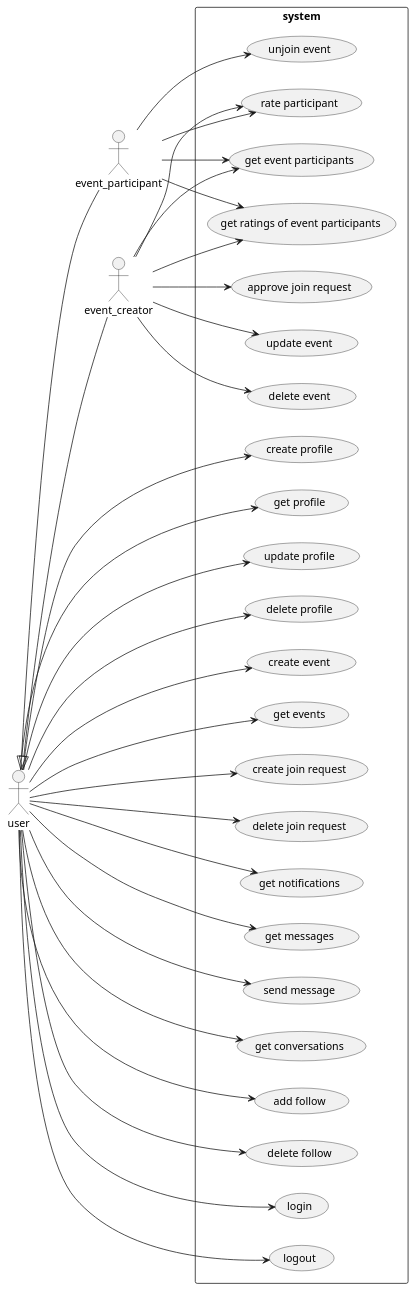
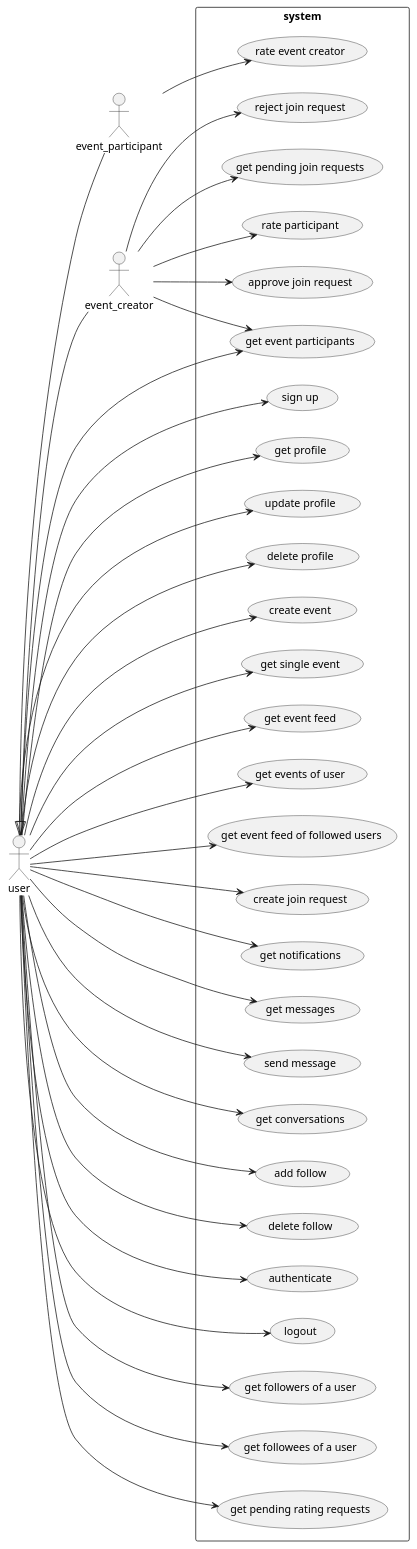
The diagram in diagrams/usecase.puml (ETS-Android4/swe573), drawn with PlantUML before and after one commit.

Commit message:
update use cases

```diff
--- a/diagrams/usecase.puml
+++ b/diagrams/usecase.puml
@@ -1,37 +1,39 @@
 @startuml UseCase
 left to right direction
 skinparam packageStyle rectangle
 actor user
 actor event_participant
 user <|-- event_creator
 user <|-- event_participant
 rectangle system {
-    user --> (create profile)
+    user --> (sign up)
     user --> (get profile)
     user --> (update profile)
     user --> (delete profile)
     user --> (create event)
-    user --> (get events)
+    user --> (get single event)
+    user --> (get event feed)
+    user --> (get events of user)
+    user --> (get event feed of followed users)
+    user --> (get event participants)
     user --> (create join request)
-    user --> (delete join request)
     user --> (get notifications)
     user --> (get messages)
     user --> (send message)
     user --> (get conversations)
     user --> (add follow)
     user --> (delete follow)
-    user --> (login)
+    user --> (authenticate)
     user --> (logout)
+    user --> (get followers of a user)
+    user --> (get followees of a user)
+    user --> (get pending rating requests)
     event_creator --> (approve join request)
-    event_creator --> (update event)
-    event_creator --> (delete event)
-    event_participant --> (unjoin event)
-    event_participant --> (rate participant)
+    event_creator --> (reject join request)
+    event_creator --> (get pending join requests)
+    event_participant --> (rate event creator)
     event_creator --> (rate participant)
-    event_participant --> (get event participants)
     event_creator --> (get event participants)
-    event_participant --> (get ratings of event participants)
-    event_creator --> (get ratings of event participants)
 }
 
 @enduml
```
